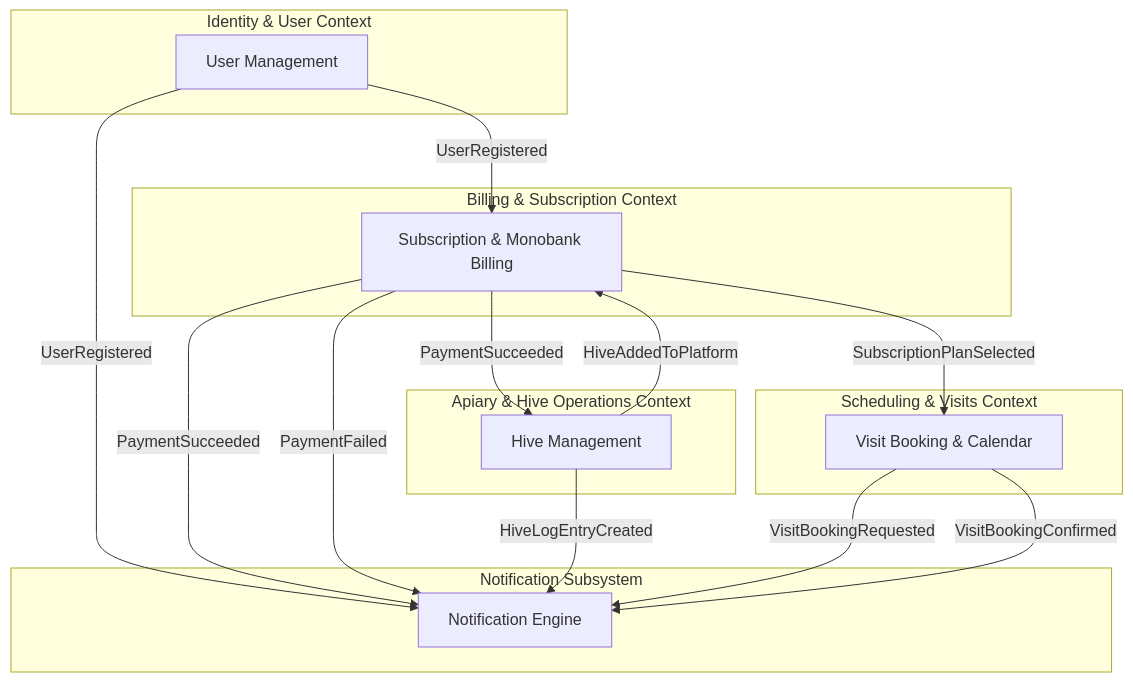
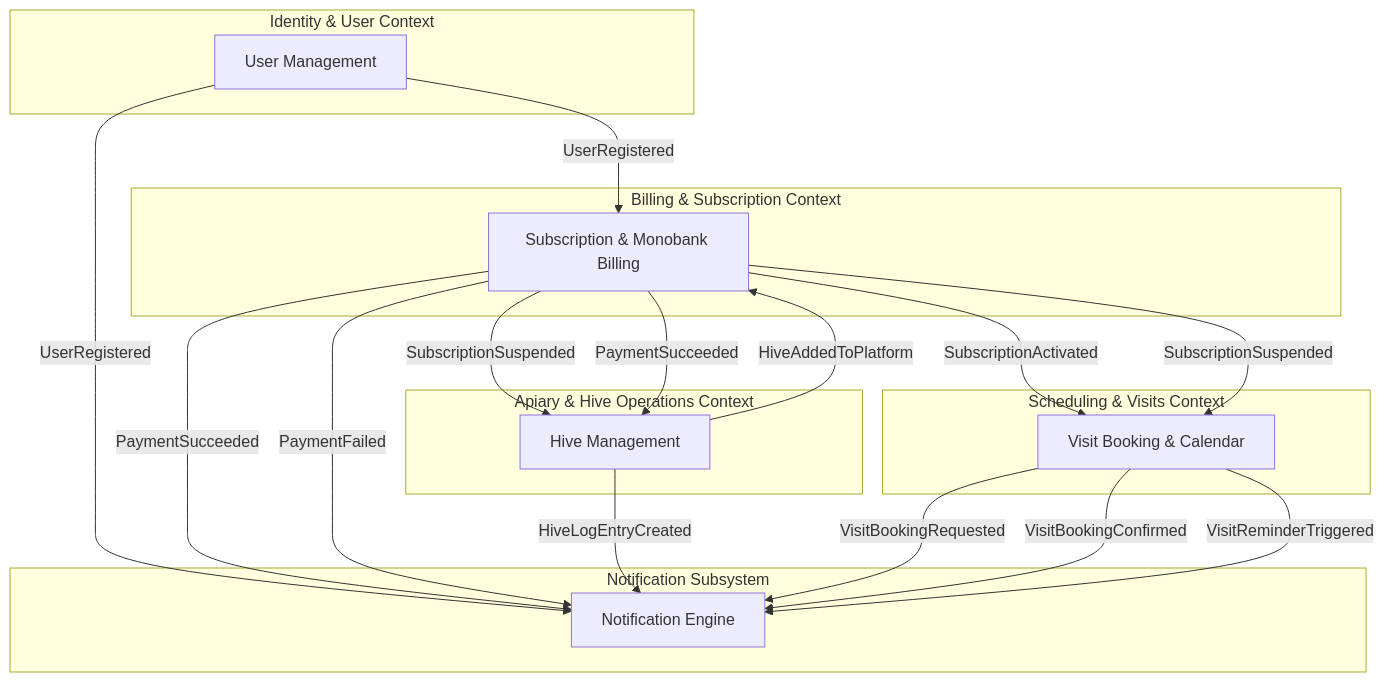
Before and after one commit to ivanlysakov/belikebee.app: the diagram in docs/bc-map.md, drawn with Mermaid. The commit also changed other lines of this file and 10 other files, not shown here.

````diff
--- a/docs/bc-map.md
+++ b/docs/bc-map.md
@@ -68,39 +70,42 @@
 ```mermaid
 graph TD
     %% Define Context Nodes
     subgraph Identity ["Identity & User Context"]
         UC[User Management]
     end
 
     subgraph Apiary ["Apiary & Hive Operations Context"]
         HC[Hive Management]
     end
 
     subgraph Billing ["Billing & Subscription Context"]
         BC[Subscription & Monobank Billing]
     end
 
     subgraph Scheduling ["Scheduling & Visits Context"]
         SC[Visit Booking & Calendar]
     end
 
     subgraph Notifications ["Notification Subsystem"]
         NC[Notification Engine]
     end
 
     %% Event Flow Arrows with Event Names
     UC -->|UserRegistered| BC
     UC -->|UserRegistered| NC
 
     HC -->|HiveAddedToPlatform| BC
 
-    BC -->|SubscriptionPlanSelected| SC
+    BC -->|SubscriptionActivated| SC
+    BC -->|SubscriptionSuspended| SC
+    BC -->|SubscriptionSuspended| HC
     BC -->|PaymentSucceeded| HC
     BC -->|PaymentSucceeded| NC
     BC -->|PaymentFailed| NC
 
     HC -->|HiveLogEntryCreated| NC
 
     SC -->|VisitBookingRequested| NC
     SC -->|VisitBookingConfirmed| NC
+    SC -->|VisitReminderTriggered| NC
 ```
````
